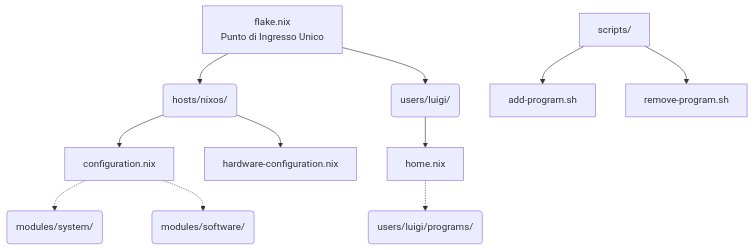
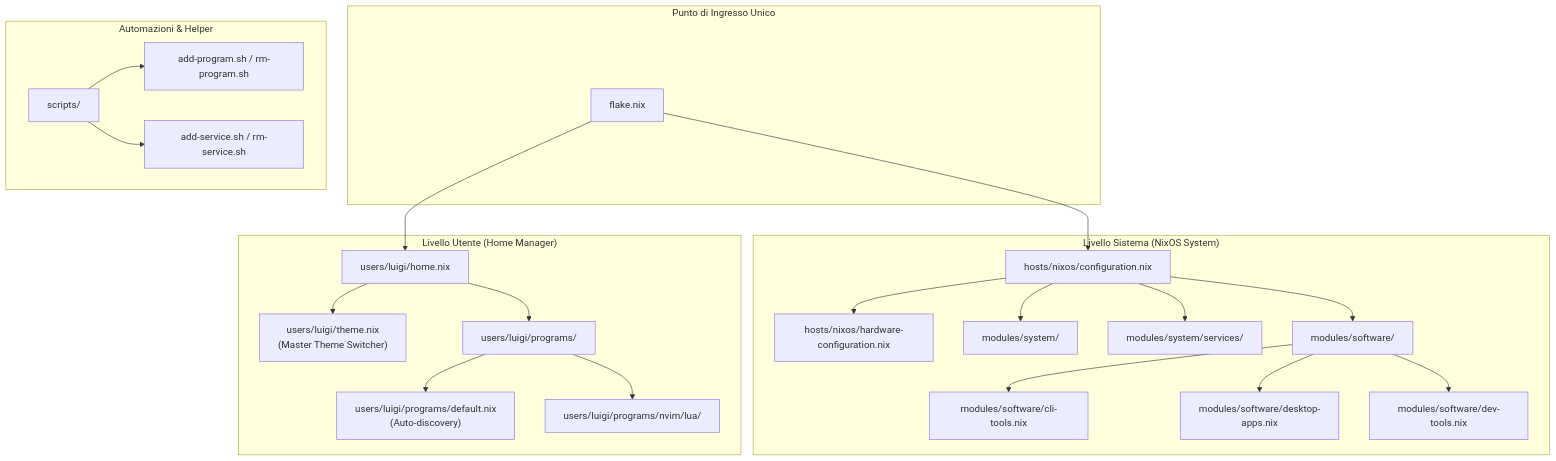
Before and after one commit to left-big-toe-of-oppenheimer/nixos-configurations: the first of 2 diagrams in docs/architecture-guide.md, drawn with Mermaid. The commit also changed other lines of this file and 3 other files, not shown here.

Commit message:
docs: comprehensive update to architecture guide covering dotfiles, unmanaged app state, and single-line theming

````diff
--- a/docs/architecture-guide.md
+++ b/docs/architecture-guide.md
@@ -13,17 +13,52 @@
 ```mermaid
 graph TD
-    A[flake.nix <br/> Punto di Ingresso Unico] --> B(hosts/nixos/)
-    A --> C(users/luigi/)
-    
-    B --> D[configuration.nix]
-    B --> E[hardware-configuration.nix]
-    
-    D -.-> F(modules/system/)
-    D -.-> G(modules/software/)
-    
-    C --> H[home.nix]
-    H -.-> I(users/luigi/programs/)
-    
-    J[scripts/] --> K[add-program.sh]
-    J --> L[remove-program.sh]
+    subgraph Core ["Punto di Ingresso Unico"]
+        FLAKE["flake.nix"]
+    end
+
+    subgraph System ["Livello Sistema (NixOS System)"]
+        HOST["hosts/nixos/configuration.nix"]
+        HW["hosts/nixos/hardware-configuration.nix"]
+        MOD_SYS["modules/system/"]
+        MOD_SERV["modules/system/services/"]
+        MOD_SOFT["modules/software/"]
+        
+        MOD_SOFT_CLI["modules/software/cli-tools.nix"]
+        MOD_SOFT_DESK["modules/software/desktop-apps.nix"]
+        MOD_SOFT_DEV["modules/software/dev-tools.nix"]
+    end
+
+    subgraph User ["Livello Utente (Home Manager)"]
+        HOME["users/luigi/home.nix"]
+        THEME["users/luigi/theme.nix<br/>(Master Theme Switcher)"]
+        PROGS["users/luigi/programs/"]
+        PROGS_AUTO["users/luigi/programs/default.nix<br/>(Auto-discovery)"]
+        NVIM_DIR["users/luigi/programs/nvim/lua/"]
+    end
+
+    subgraph Scripts ["Automazioni & Helper"]
+        SCRIPTS["scripts/"]
+        SCRIPTS_AP["add-program.sh / rm-program.sh"]
+        SCRIPTS_AS["add-service.sh / rm-service.sh"]
+    end
+
+    FLAKE --> HOST
+    FLAKE --> HOME
+
+    HOST --> HW
+    HOST --> MOD_SYS
+    HOST --> MOD_SERV
+    HOST --> MOD_SOFT
+
+    MOD_SOFT --> MOD_SOFT_CLI
+    MOD_SOFT --> MOD_SOFT_DESK
+    MOD_SOFT --> MOD_SOFT_DEV
+
+    HOME --> THEME
+    HOME --> PROGS
+    PROGS --> PROGS_AUTO
+    PROGS --> NVIM_DIR
+
+    SCRIPTS --> SCRIPTS_AP
+    SCRIPTS --> SCRIPTS_AS
 ```
````
